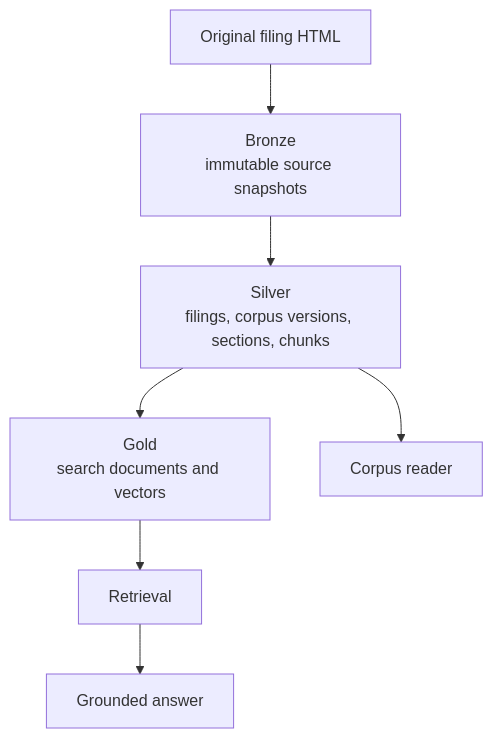
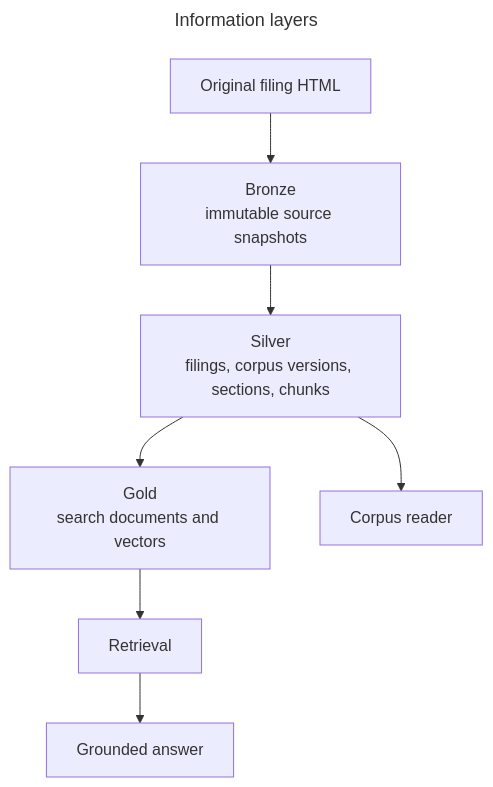
Before and after one commit to hongchit/sec-filing-rag-poc: the third of 4 diagrams in docs/architecture.md, drawn with Mermaid. The commit also changed other lines of this file and 43 other files, not shown here.

````diff
--- a/docs/architecture.md
+++ b/docs/architecture.md
@@ -66,9 +72,12 @@
 ```mermaid
+---
+title: Information layers
+---
 flowchart TD
   SEC[Original filing HTML] --> B[Bronze<br/>immutable source snapshots]
   B --> S[Silver<br/>filings, corpus versions, sections, chunks]
   S --> G[Gold<br/>search documents and vectors]
   G --> R[Retrieval]
   S --> C[Corpus reader]
   R --> A[Grounded answer]
 ```
````
